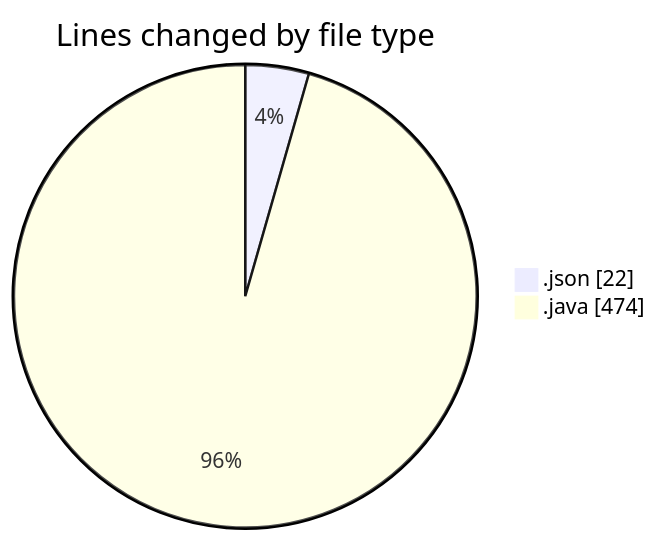
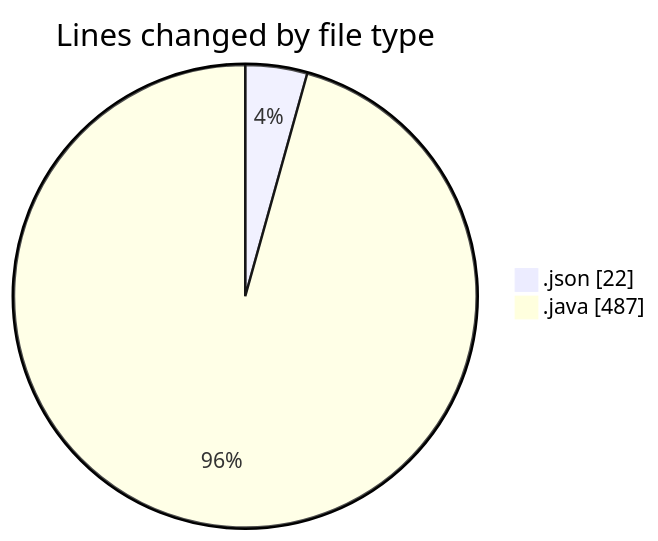
Before and after one commit to charlie-sans/code-tracking: the first of 2 diagrams in 2025-02-23/codepack/README.md, drawn with Mermaid. The commit also changed other lines of this file and 1 other file, not shown here.

````diff
--- a/2025-02-23/codepack/README.md
+++ b/2025-02-23/codepack/README.md
@@ -21,6 +21,6 @@
 ```mermaid
 pie showData
 title Lines changed by file type
 ".json" : 22
-".java" : 474
+".java" : 487
 ```
````
